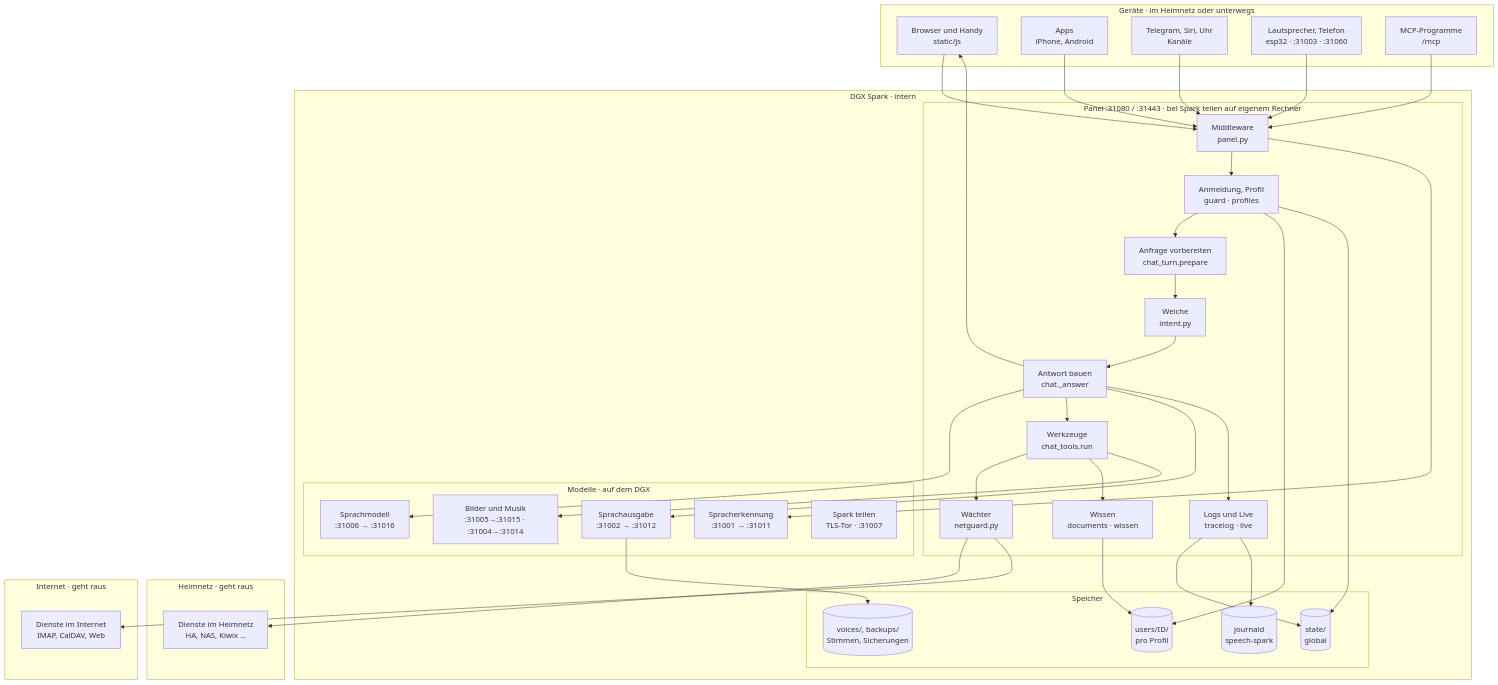
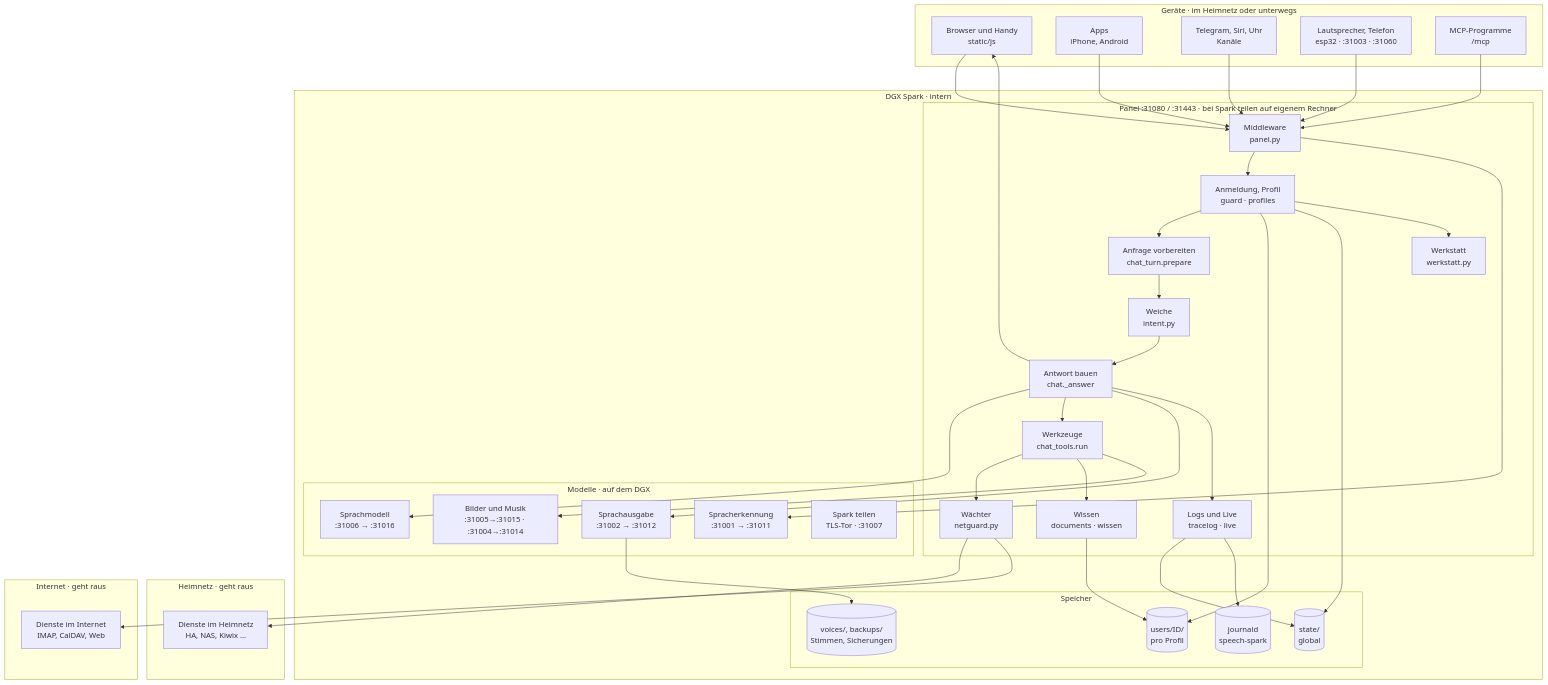
Before and after one commit to db9979/speech-on-dgx-spark: the first of 27 diagrams in docs/de/architektur.md, drawn with Mermaid. The commit also changed other lines of this file and 14 other files, not shown here.

````diff
--- a/docs/de/architektur.md
+++ b/docs/de/architektur.md
@@ -16,68 +16,70 @@
 ```mermaid
 flowchart TB
   subgraph z_geraete["Geräte · im Heimnetz oder unterwegs"]
     geraet["Browser und Handy<br/>static/js"]
     apps["Apps<br/>iPhone, Android"]
     kanaele["Telegram, Siri, Uhr<br/>Kanäle"]
     lautsprecher["Lautsprecher, Telefon<br/>esp32 · :31003 · :31060"]
     mcpc["MCP-Programme<br/>/mcp"]
   end
   subgraph z_spark["DGX Spark · intern"]
     subgraph z_panel["Panel :31080 / :31443 · bei Spark teilen auf eigenem Rechner"]
       middleware["Middleware<br/>panel.py"]
       zugang["Anmeldung, Profil<br/>guard · profiles"]
       vorbereiten["Anfrage vorbereiten<br/>chat_turn.prepare"]
       weiche["Weiche<br/>intent.py"]
       antwort["Antwort bauen<br/>chat._answer"]
       werkzeuge["Werkzeuge<br/>chat_tools.run"]
       wissen["Wissen<br/>documents · wissen"]
       waechter["Wächter<br/>netguard.py"]
       betrieb["Logs und Live<br/>tracelog · live"]
+      werkstatt["Werkstatt<br/>werkstatt.py"]
     end
     subgraph z_modelle["Modelle · auf dem DGX"]
       llm["Sprachmodell<br/>:31006 → :31016"]
       asr["Spracherkennung<br/>:31001 → :31011"]
       tts["Sprachausgabe<br/>:31002 → :31012"]
       bild["Bilder und Musik<br/>:31005→:31015 · :31004→:31014"]
       teilen["Spark teilen<br/>TLS-Tor · :31007"]
     end
     subgraph z_speicher["Speicher"]
       state[("state/<br/>global")]
       users[("users/ID/<br/>pro Profil")]
       ablage[("voices/, backups/<br/>Stimmen, Sicherungen")]
       journal[("journald<br/>speech-spark")]
     end
   end
   subgraph z_heimnetz["Heimnetz · geht raus"]
     aussen["Dienste im Heimnetz<br/>HA, NAS, Kiwix …"]
   end
   subgraph z_internet["Internet · geht raus"]
     internet["Dienste im Internet<br/>IMAP, CalDAV, Web"]
   end
   geraet --> middleware
   apps --> middleware
   kanaele --> middleware
   lautsprecher --> middleware
   mcpc --> middleware
   middleware --> zugang
   middleware --> asr
   zugang --> vorbereiten
   vorbereiten --> weiche
   weiche --> antwort
   antwort --> llm
   antwort --> werkzeuge
   werkzeuge --> waechter
   waechter --> aussen
   waechter --> internet
   werkzeuge --> wissen
   antwort --> tts
   werkzeuge --> bild
   antwort --> geraet
   antwort --> betrieb
   betrieb --> state
   betrieb --> journal
   wissen --> users
   zugang --> users
   zugang --> state
   tts --> ablage
+  zugang --> werkstatt
 ```
````
